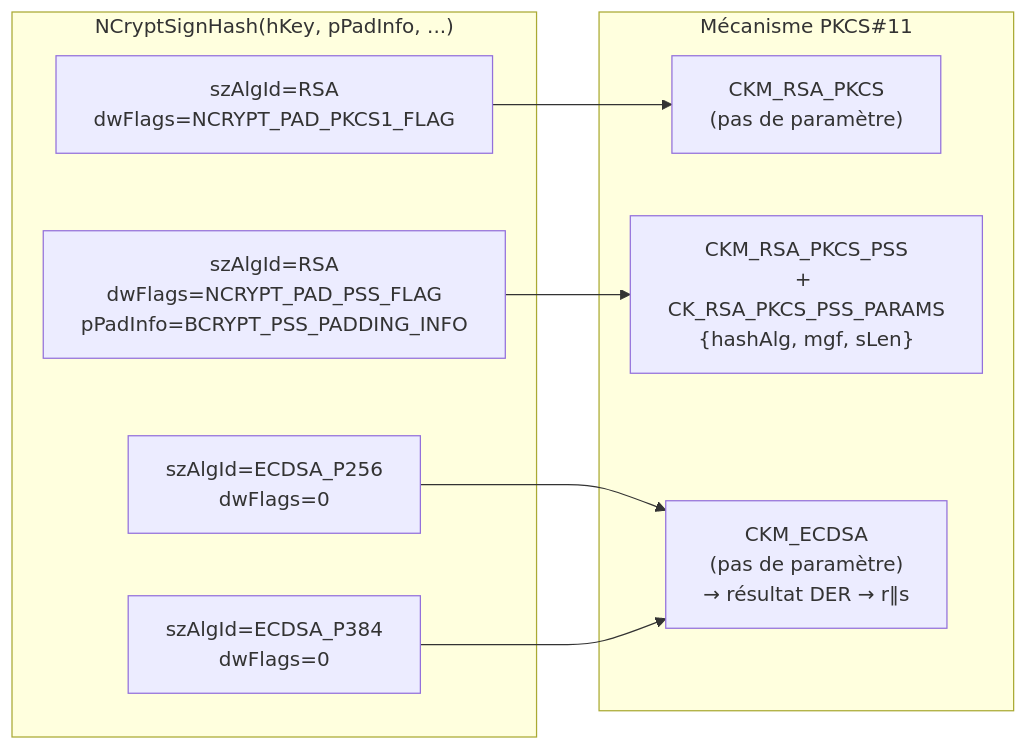
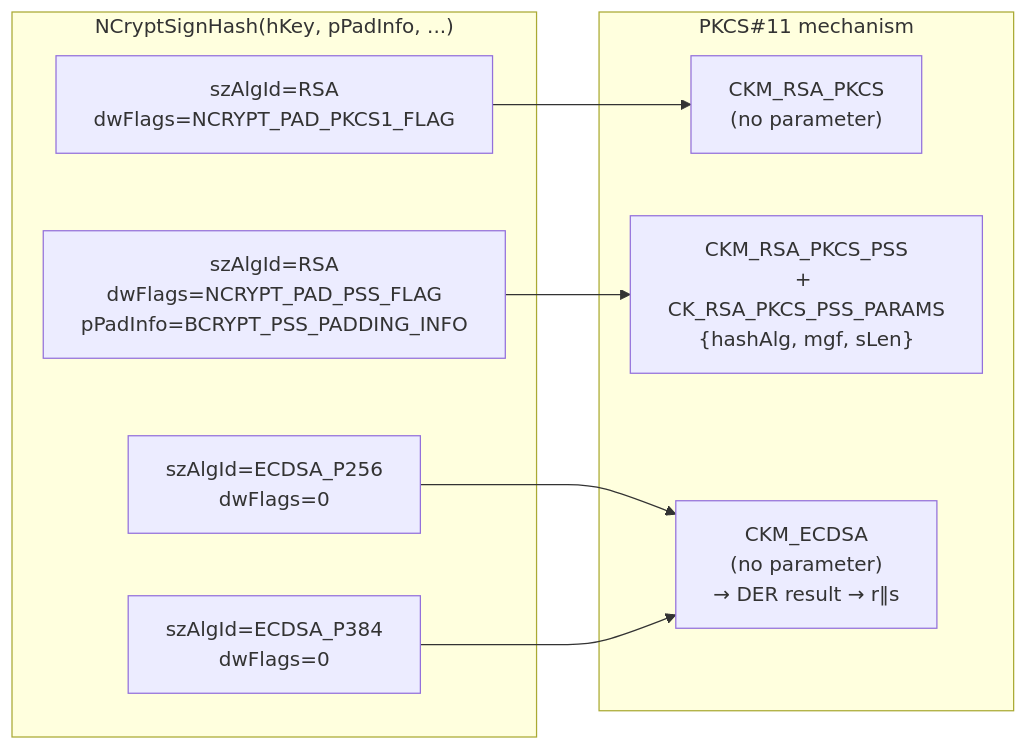
One commit to Gaillotte/Noida changed the second of 4 diagrams in softhsm_ksp/docs/06-mapping-erreurs.md. Above: the diagram before and after it, drawn with Mermaid. The commit also changed other lines of this file and 9 other files, not shown here.

````diff
--- a/softhsm_ksp/docs/06-mapping-erreurs.md
+++ b/softhsm_ksp/docs/06-mapping-erreurs.md
@@ -116,20 +116,20 @@
 ```mermaid
 flowchart LR
     subgraph Appel["NCryptSignHash(hKey, pPadInfo, ...)"]
         RSA_PKCS1["szAlgId=RSA\ndwFlags=NCRYPT_PAD_PKCS1_FLAG"]
         RSA_PSS["szAlgId=RSA\ndwFlags=NCRYPT_PAD_PSS_FLAG\npPadInfo=BCRYPT_PSS_PADDING_INFO"]
         EC256["szAlgId=ECDSA_P256\ndwFlags=0"]
         EC384["szAlgId=ECDSA_P384\ndwFlags=0"]
     end
 
-    subgraph PKCS11["Mécanisme PKCS#11"]
-        M1["CKM_RSA_PKCS\n(pas de paramètre)"]
+    subgraph PKCS11["PKCS#11 mechanism"]
+        M1["CKM_RSA_PKCS\n(no parameter)"]
         M2["CKM_RSA_PKCS_PSS\n+ CK_RSA_PKCS_PSS_PARAMS\n{hashAlg, mgf, sLen}"]
-        M3["CKM_ECDSA\n(pas de paramètre)\n→ résultat DER → r‖s"]
+        M3["CKM_ECDSA\n(no parameter)\n→ DER result → r‖s"]
     end
 
     RSA_PKCS1 --> M1
     RSA_PSS   --> M2
     EC256     --> M3
     EC384     --> M3
 ```
````
